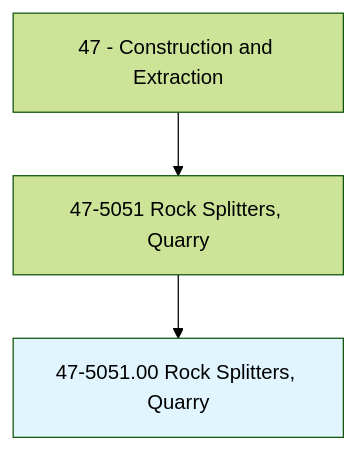
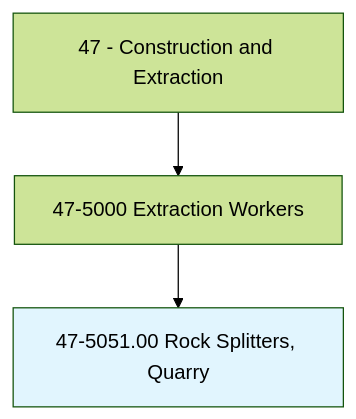
One commit to kziemski/business.org.ai changed the first of 4 diagrams in occupations/Construction/RockSplittersQuarry.mdx. Above: the diagram before and after it, drawn with Mermaid (forest theme). The commit also changed other lines of this file and 938 other files, not shown here.

````diff
--- a/occupations/Construction/RockSplittersQuarry.mdx
+++ b/occupations/Construction/RockSplittersQuarry.mdx
@@ -19,6 +23,6 @@
 ```mermaid
 graph TD
-    Cat47["47 - Construction and Extraction"] --> Group475051["47-5051 Rock Splitters, Quarry"]
-    Group475051 --> Current["47-5051.00 Rock Splitters, Quarry"]
+    Cat47["47 - Construction and Extraction"] --> Group475["47-5000 Extraction Workers"]
+    Group475 --> Current["47-5051.00 Rock Splitters, Quarry"]
     style Current fill:#e1f5fe
 ```
````
